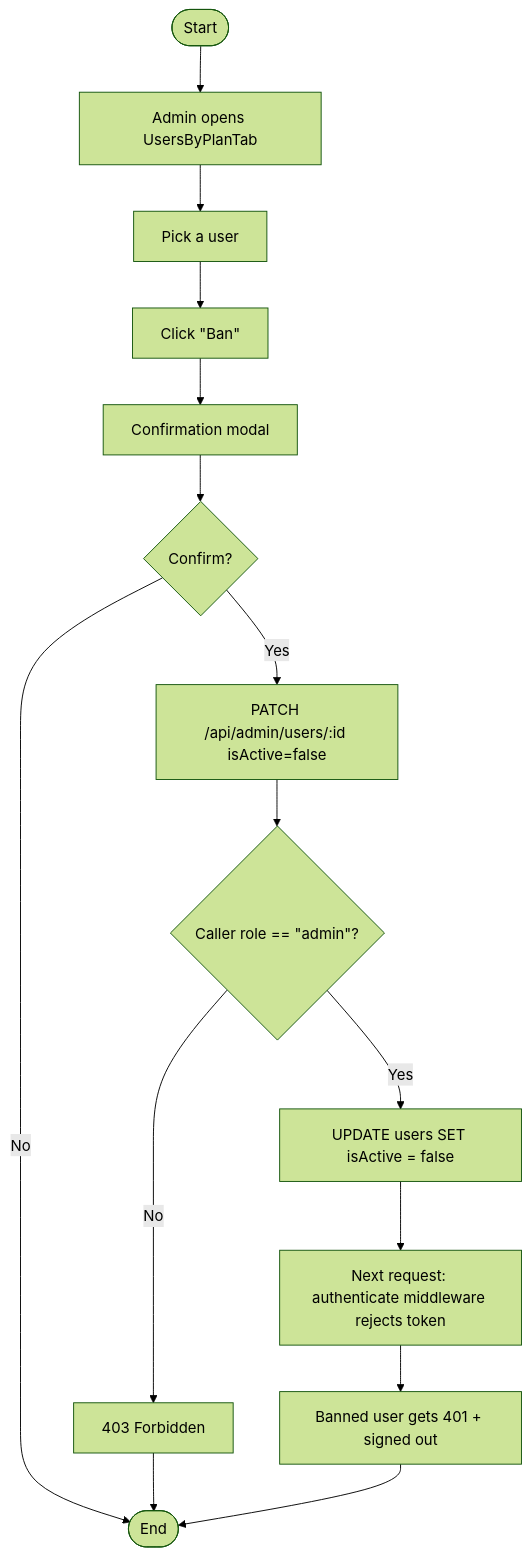
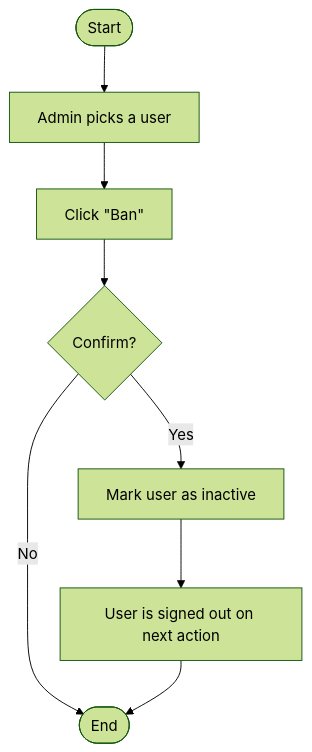
The eighth of 14 diagrams in docs/08_chapitre6_sprint4.md (MaizaAymen/OmniLearn), drawn with Mermaid (forest theme) before and after one commit.

````diff
--- a/docs/08_chapitre6_sprint4.md
+++ b/docs/08_chapitre6_sprint4.md
@@ -352,16 +352,10 @@
 ```mermaid
 flowchart TD
-  A([Start]) --> B[Admin opens UsersByPlanTab]
-  B --> C[Pick a user]
-  C --> D[Click &quot;Ban&quot;]
-  D --> E[Confirmation modal]
-  E --> F{Confirm?}
-  F -- No --> Z([End])
-  F -- Yes --> G[PATCH /api/admin/users/:id isActive=false]
-  G --> H{Caller role == &quot;admin&quot;?}
-  H -- No --> I[403 Forbidden] --> Z
-  H -- Yes --> J[UPDATE users SET isActive = false]
-  J --> K[Next request: authenticate middleware rejects token]
-  K --> L[Banned user gets 401 + signed out]
-  L --> Z
+  A([Start]) --> B[Admin picks a user]
+  B --> C[Click &quot;Ban&quot;]
+  C --> D{Confirm?}
+  D -- No --> Z([End])
+  D -- Yes --> E[Mark user as inactive]
+  E --> F[User is signed out on next action]
+  F --> Z
 ```
````
